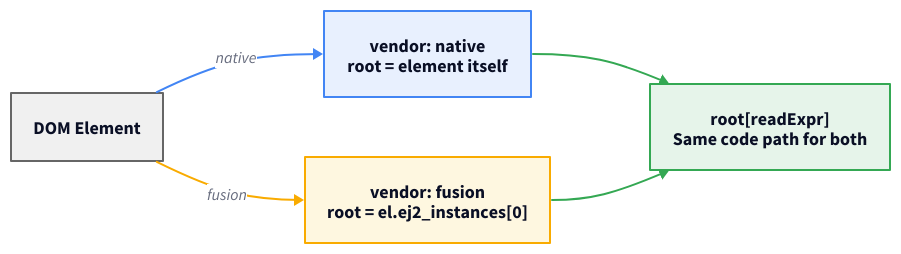
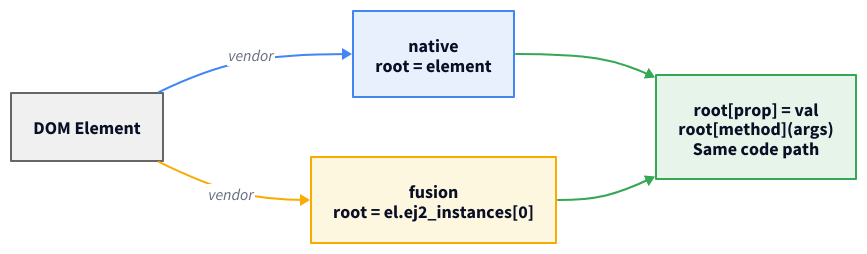
The first of 2 diagrams in docs-site/src/content/docs/architecture/component-model.mdx (marafiq/alis-reactive), drawn with D2 before and after one commit. The commit also changed other lines of this file and 2 other files, not shown here.

````diff
--- a/docs-site/src/content/docs/architecture/component-model.mdx
+++ b/docs-site/src/content/docs/architecture/component-model.mdx
@@ -67,44 +26,44 @@
 ```d2
 direction: right
 
 element: "DOM Element" {
   shape: rectangle
   style.fill: "#f0f0f0"
   style.stroke: "#666"
   style.font-size: 18
 }
 
-native_root: "vendor: native\nroot = element itself" {
+native_root: "native\nroot = element" {
   shape: rectangle
   style.fill: "#e8f0fe"
   style.stroke: "#4285f4"
   style.font-size: 18
 }
 
-fusion_root: "vendor: fusion\nroot = el.ej2_instances[0]" {
+fusion_root: "fusion\nroot = el.ej2_instances[0]" {
   shape: rectangle
   style.fill: "#fef7e0"
   style.stroke: "#f9ab00"
   style.font-size: 18
 }
 
-bracket: "root[readExpr]\nSame code path for both" {
+bracket: "root[prop] = val\nroot[method](args)\nSame code path" {
   shape: rectangle
   style.fill: "#e6f4ea"
   style.stroke: "#34a853"
   style.font-size: 18
 }
 
-element -> native_root: native {
+element -> native_root: vendor {
   style.stroke: "#4285f4"
 }
-element -> fusion_root: fusion {
+element -> fusion_root: vendor {
   style.stroke: "#f9ab00"
 }
 native_root -> bracket {
   style.stroke: "#34a853"
 }
 fusion_root -> bracket {
   style.stroke: "#34a853"
 }
 ```
````
